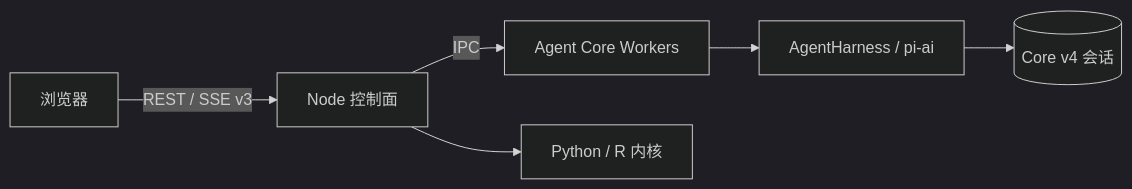
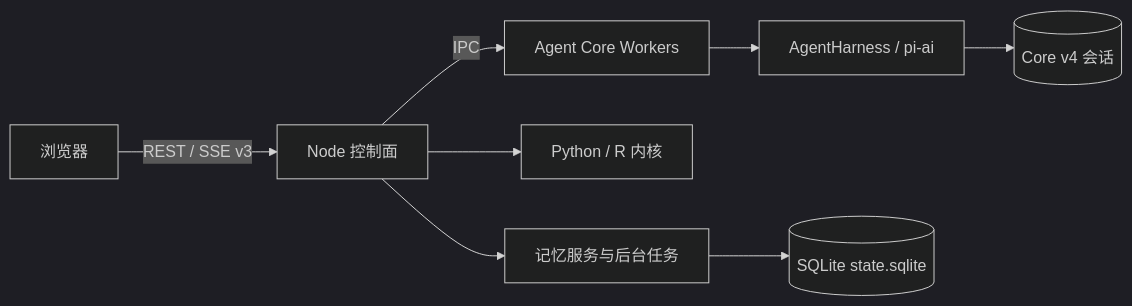
The diagram in README.zh-CN.md (Garhorne0813/pi-science), drawn with Mermaid (dark theme) before and after one commit. The commit also changed other lines of this file and 121 other files, not shown here.

````diff
--- a/README.zh-CN.md
+++ b/README.zh-CN.md
@@ -191,8 +199,10 @@
 ```mermaid
 flowchart LR
     UI[浏览器] -->|REST / SSE v3| CP[Node 控制面]
     CP -->|IPC| W[Agent Core Workers]
     W --> H[AgentHarness / pi-ai]
     H --> S[(Core v4 会话)]
     CP --> K[Python / R 内核]
+    CP --> M[记忆服务与后台任务]
+    M --> DB[(SQLite state.sqlite)]
 ```
````
